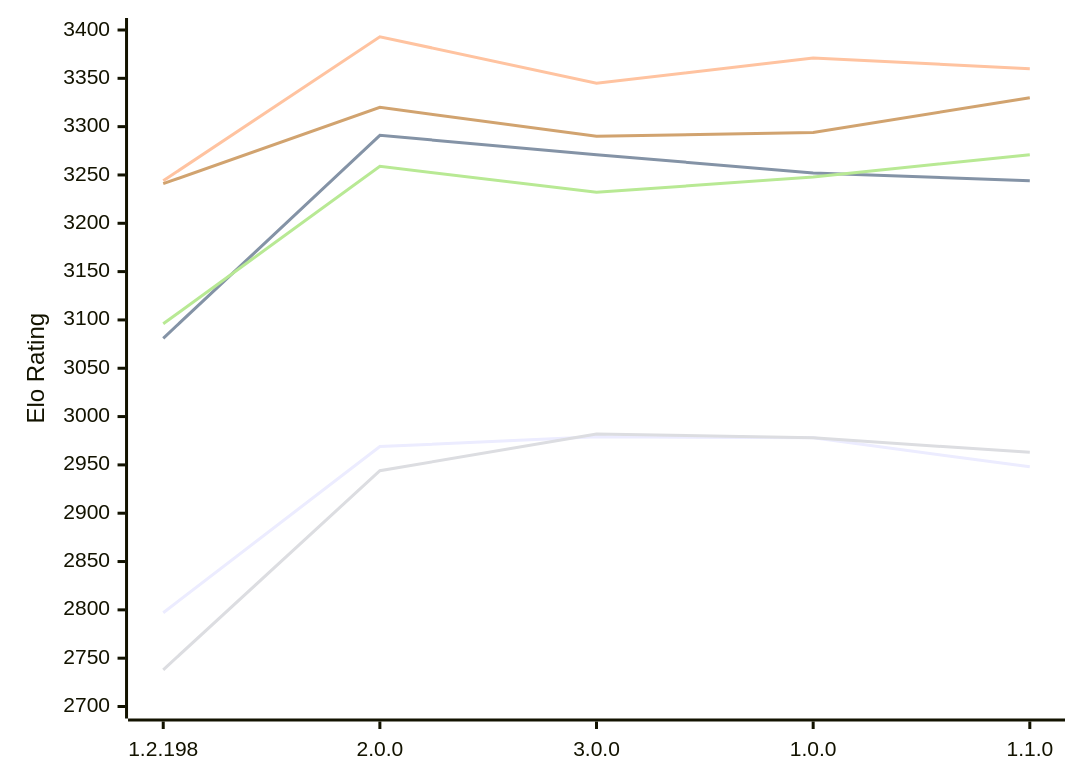
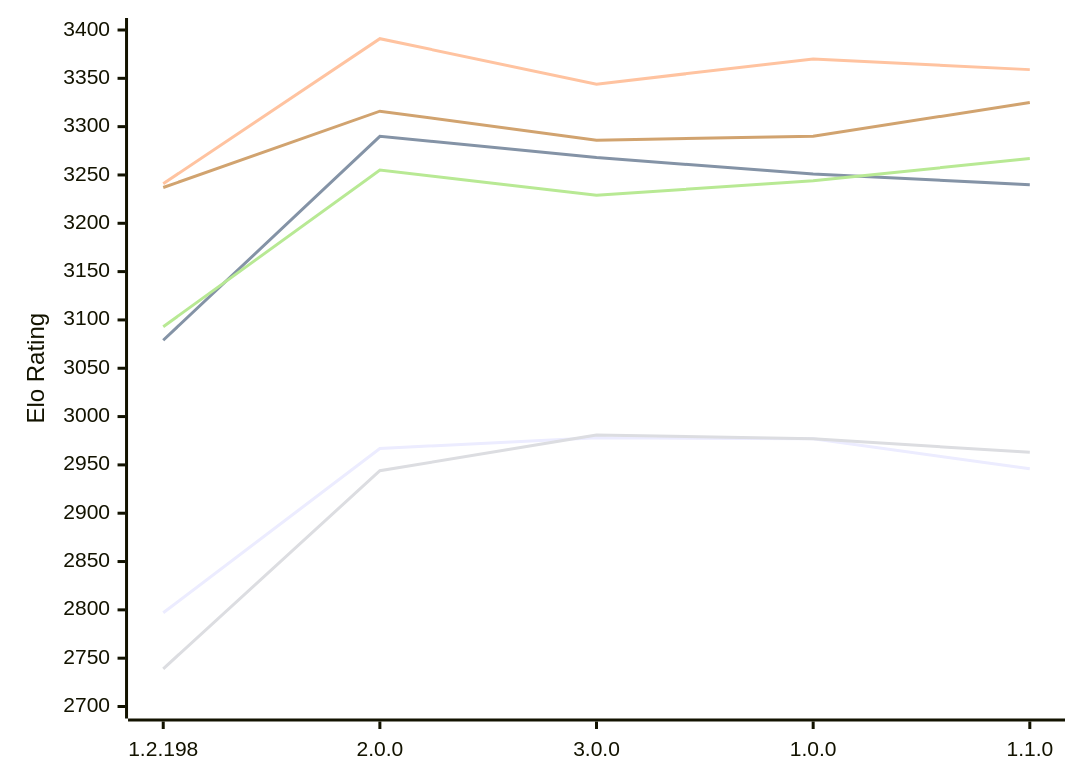
Before and after one commit to computer-chess-index/cci: the diagram in engines/Trebuchet.md, drawn with Mermaid. The commit also changed other lines of this file, not shown here.

Commit message:
Update CCI Ratings (ELO VLTC) - 2026-11-19

````diff
--- a/engines/Trebuchet.md
+++ b/engines/Trebuchet.md
@@ -55,12 +55,12 @@
 ```mermaid
 %%{init: {"theme":"base","themeVariables":{"seriesColors:['#a3a3a3','#222221','#faa371']}}}%%
 xychart-beta
   x-axis ["1.2.198", "2.0.0", "3.0.0", "1.0.0", "1.1.0"]
   y-axis "Elo Rating" 2700 --> 3400
-  line "E1: STC (8.0+0.08s)" [2797, 2969, 2979, 2978, 2948]
-  line "E1: LTC (60.0+0.60s)" [3081, 3291, 3271, 3252, 3244]
-  line "E1: VLTC (2m24s+1.12s)" [3244, 3393, 3345, 3371, 3360]
-  line "P1: STC (8.0+0.08s)" [2738, 2944, 2982, 2978, 2963]
-  line "P1: LTC (60.0+0.60s)" [3096, 3259, 3232, 3248, 3271]
-  line "P1: VLTC (2m24s+1.12s)" [3241, 3320, 3290, 3294, 3330]
+  line "E1: STC (8.0+0.08s)" [2797, 2967, 2978, 2977, 2946]
+  line "E1: LTC (60.0+0.60s)" [3079, 3290, 3268, 3251, 3240]
+  line "E1: VLTC (2m24s+1.12s)" [3241, 3391, 3344, 3370, 3359]
+  line "P1: STC (8.0+0.08s)" [2739, 2944, 2981, 2977, 2963]
+  line "P1: LTC (60.0+0.60s)" [3093, 3255, 3229, 3244, 3267]
+  line "P1: VLTC (2m24s+1.12s)" [3237, 3316, 3286, 3290, 3325]
 ```
````
